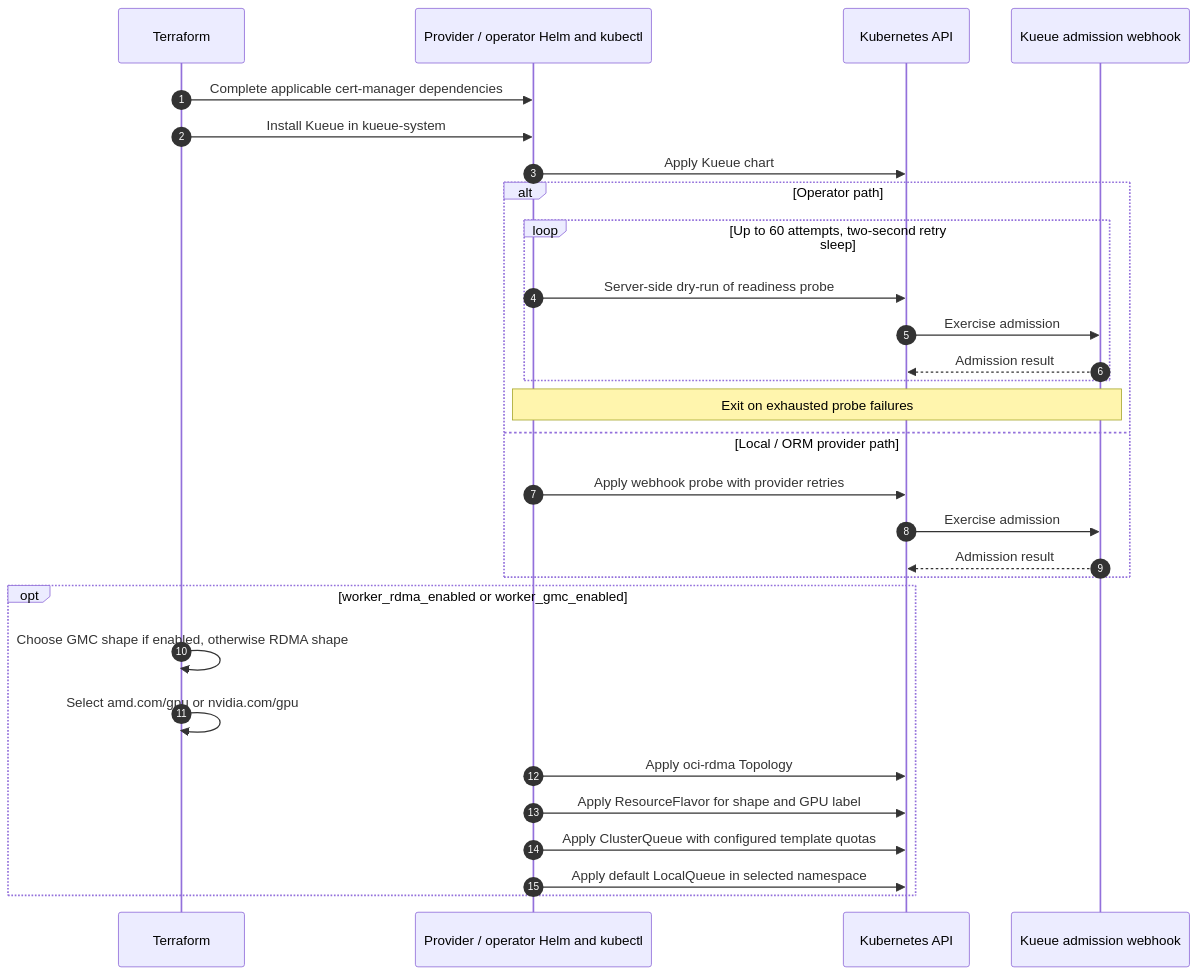
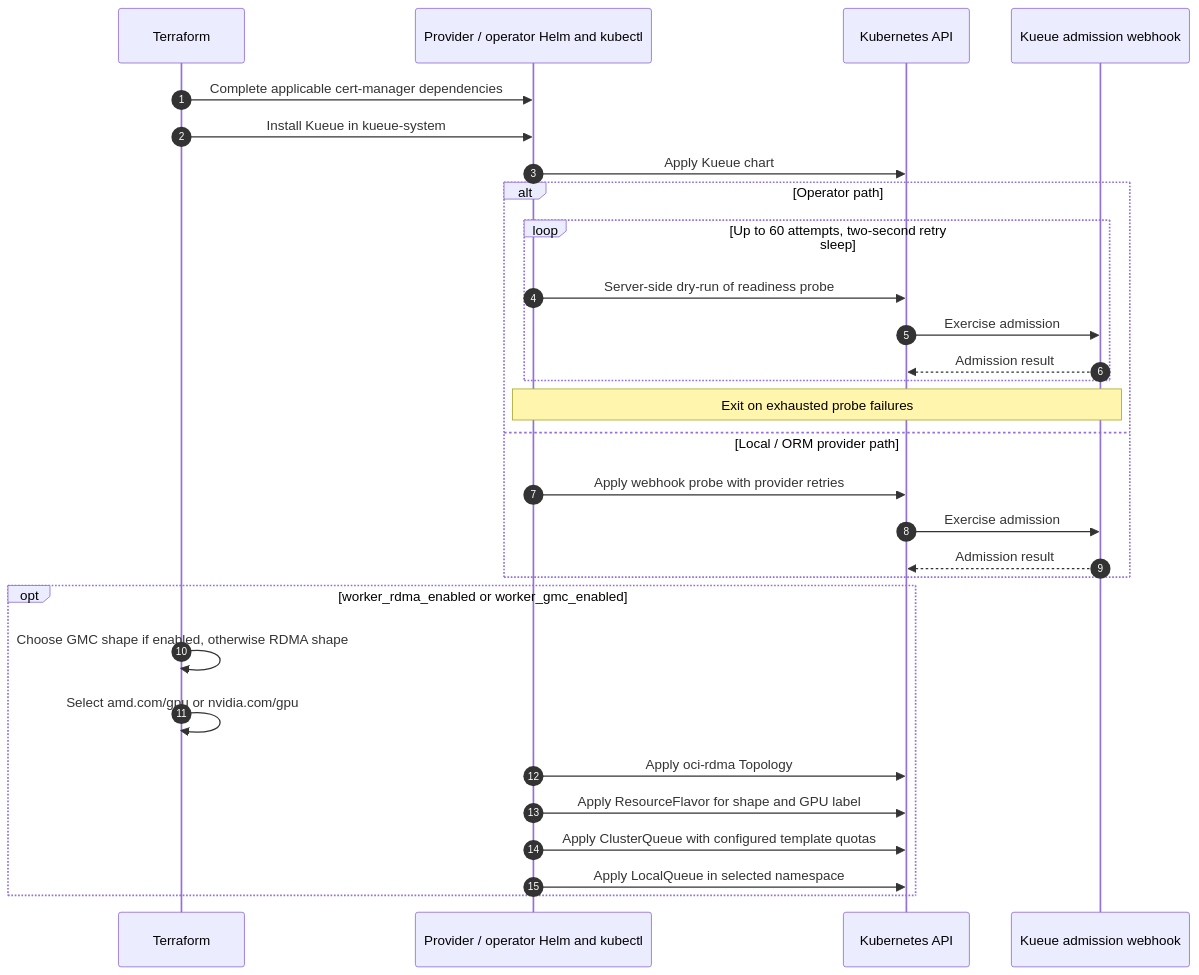
One commit to oracle-quickstart/oci-hpc-oke changed the sixth of 12 diagrams in docs/architecture-sequence-diagram.md. Above: the diagram before and after it, drawn with Mermaid. The commit also changed other lines of this file and 104 other files, not shown here.

````diff
--- a/docs/architecture-sequence-diagram.md
+++ b/docs/architecture-sequence-diagram.md
@@ -264,32 +264,32 @@
 ```mermaid
 sequenceDiagram
     autonumber
     participant TF as Terraform
     participant Deploy as Provider / operator Helm and kubectl
     participant API as Kubernetes API
     participant Webhook as Kueue admission webhook
 
     TF->>Deploy: Complete applicable cert-manager dependencies
     TF->>Deploy: Install Kueue in kueue-system
     Deploy->>API: Apply Kueue chart
     alt Operator path
         loop Up to 60 attempts, two-second retry sleep
             Deploy->>API: Server-side dry-run of readiness probe
             API->>Webhook: Exercise admission
             Webhook-->>API: Admission result
         end
         Note over Deploy,Webhook: Exit on exhausted probe failures
     else Local / ORM provider path
         Deploy->>API: Apply webhook probe with provider retries
         API->>Webhook: Exercise admission
         Webhook-->>API: Admission result
     end
     opt worker_rdma_enabled or worker_gmc_enabled
         TF->>TF: Choose GMC shape if enabled, otherwise RDMA shape
         TF->>TF: Select amd.com/gpu or nvidia.com/gpu
         Deploy->>API: Apply oci-rdma Topology
         Deploy->>API: Apply ResourceFlavor for shape and GPU label
         Deploy->>API: Apply ClusterQueue with configured template quotas
-        Deploy->>API: Apply default LocalQueue in selected namespace
+        Deploy->>API: Apply LocalQueue in selected namespace
     end
 ```
````
